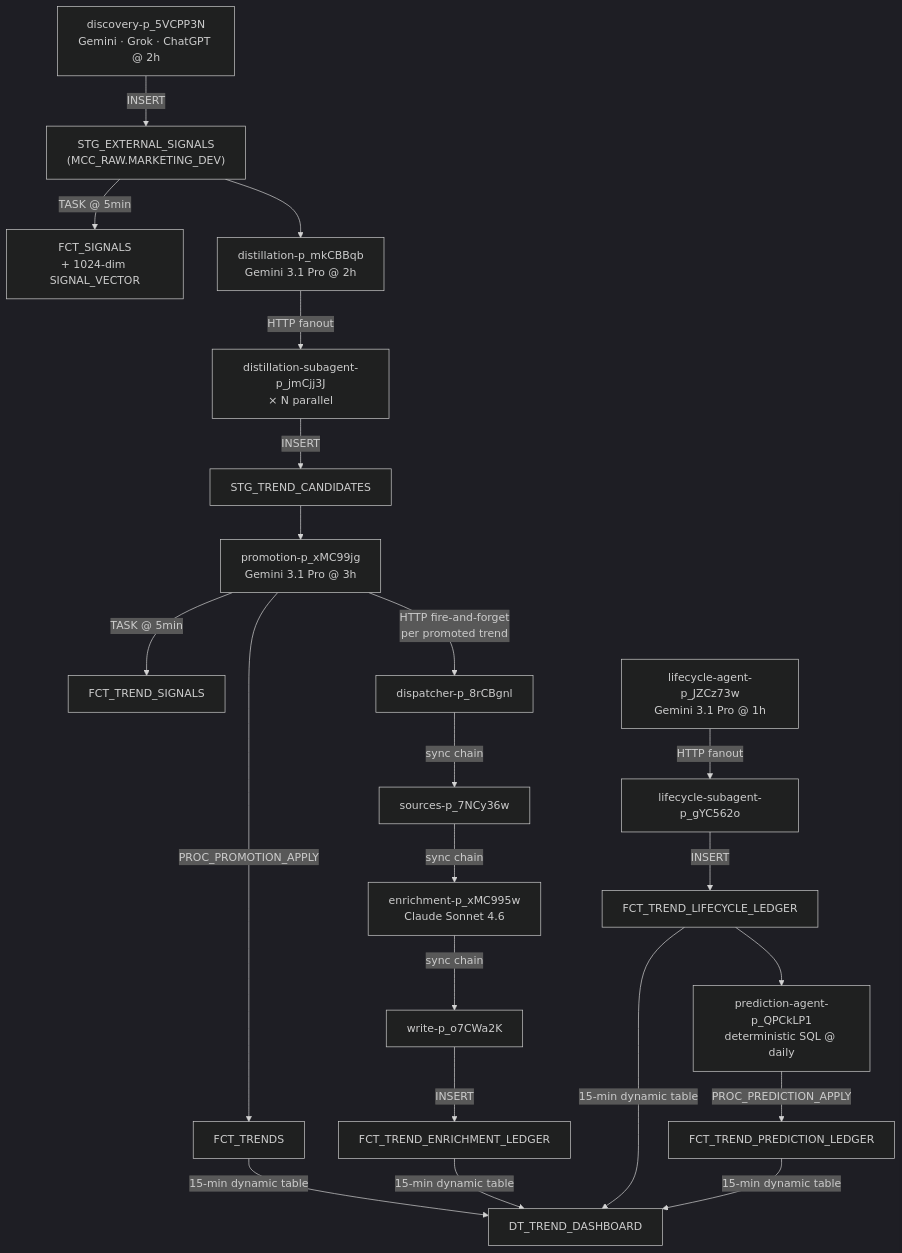
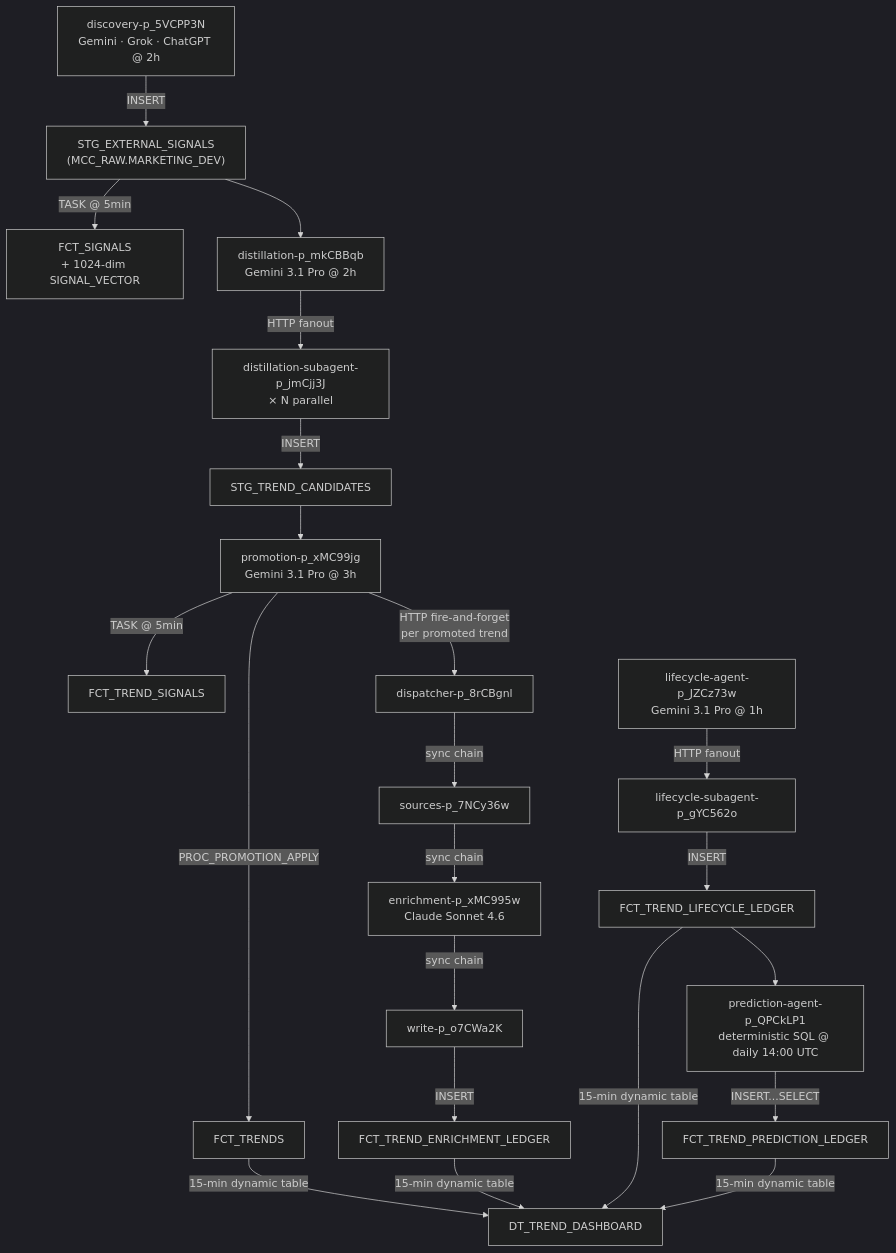
The diagram in docs/architecture.md (mjmena/Trend-Tree), drawn with Mermaid (dark theme) before and after one commit. The commit also changed other lines of this file and 7 other files, not shown here.

First line of the commit message:
fix(prediction): score+write via single INSERT...SELECT, drop proc

````diff
--- a/docs/architecture.md
+++ b/docs/architecture.md
@@ -25,21 +25,21 @@
 ```mermaid
 flowchart TD
     A["discovery-p_5VCPP3N\nGemini · Grok · ChatGPT @ 2h"] -->|INSERT| B["STG_EXTERNAL_SIGNALS\n(MCC_RAW.MARKETING_DEV)"]
     B -->|"TASK @ 5min"| C["FCT_SIGNALS\n+ 1024-dim SIGNAL_VECTOR"]
     B --> D["distillation-p_mkCBBqb\nGemini 3.1 Pro @ 2h"]
     D -->|"HTTP fanout"| D2["distillation-subagent-p_jmCjj3J\n× N parallel"]
     D2 -->|INSERT| E["STG_TREND_CANDIDATES"]
     E --> F["promotion-p_xMC99jg\nGemini 3.1 Pro @ 3h"]
     F -->|"PROC_PROMOTION_APPLY"| G["FCT_TRENDS"]
     F -->|"TASK @ 5min"| G2["FCT_TREND_SIGNALS"]
     F -->|"HTTP fire-and-forget\nper promoted trend"| H["dispatcher-p_8rCBgnl"]
     H -->|sync chain| H1["sources-p_7NCy36w"]
     H1 -->|sync chain| H2["enrichment-p_xMC995w\nClaude Sonnet 4.6"]
     H2 -->|sync chain| H3["write-p_o7CWa2K"]
     H3 -->|INSERT| I["FCT_TREND_ENRICHMENT_LEDGER"]
     J["lifecycle-agent-p_JZCz73w\nGemini 3.1 Pro @ 1h"] -->|"HTTP fanout"| J2["lifecycle-subagent-p_gYC562o"]
     J2 -->|INSERT| K["FCT_TREND_LIFECYCLE_LEDGER"]
-    P["prediction-agent-p_QPCkLP1\ndeterministic SQL @ daily"] -->|"PROC_PREDICTION_APPLY"| P2["FCT_TREND_PREDICTION_LEDGER"]
+    P["prediction-agent-p_QPCkLP1\ndeterministic SQL @ daily 14:00 UTC"] -->|"INSERT...SELECT"| P2["FCT_TREND_PREDICTION_LEDGER"]
     K --> P
     G & I & K & P2 -->|"15-min dynamic table"| L["DT_TREND_DASHBOARD"]
 ```
````
